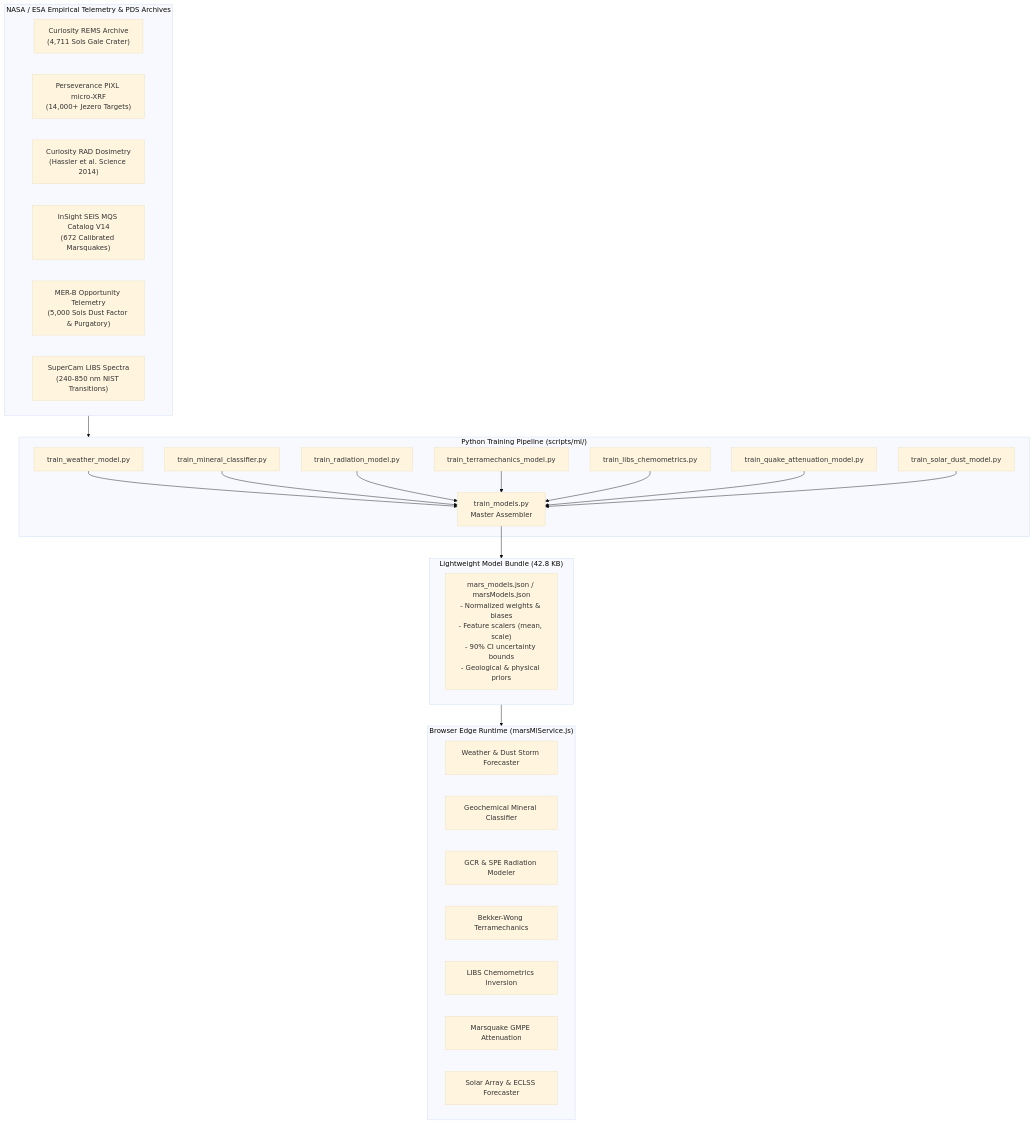
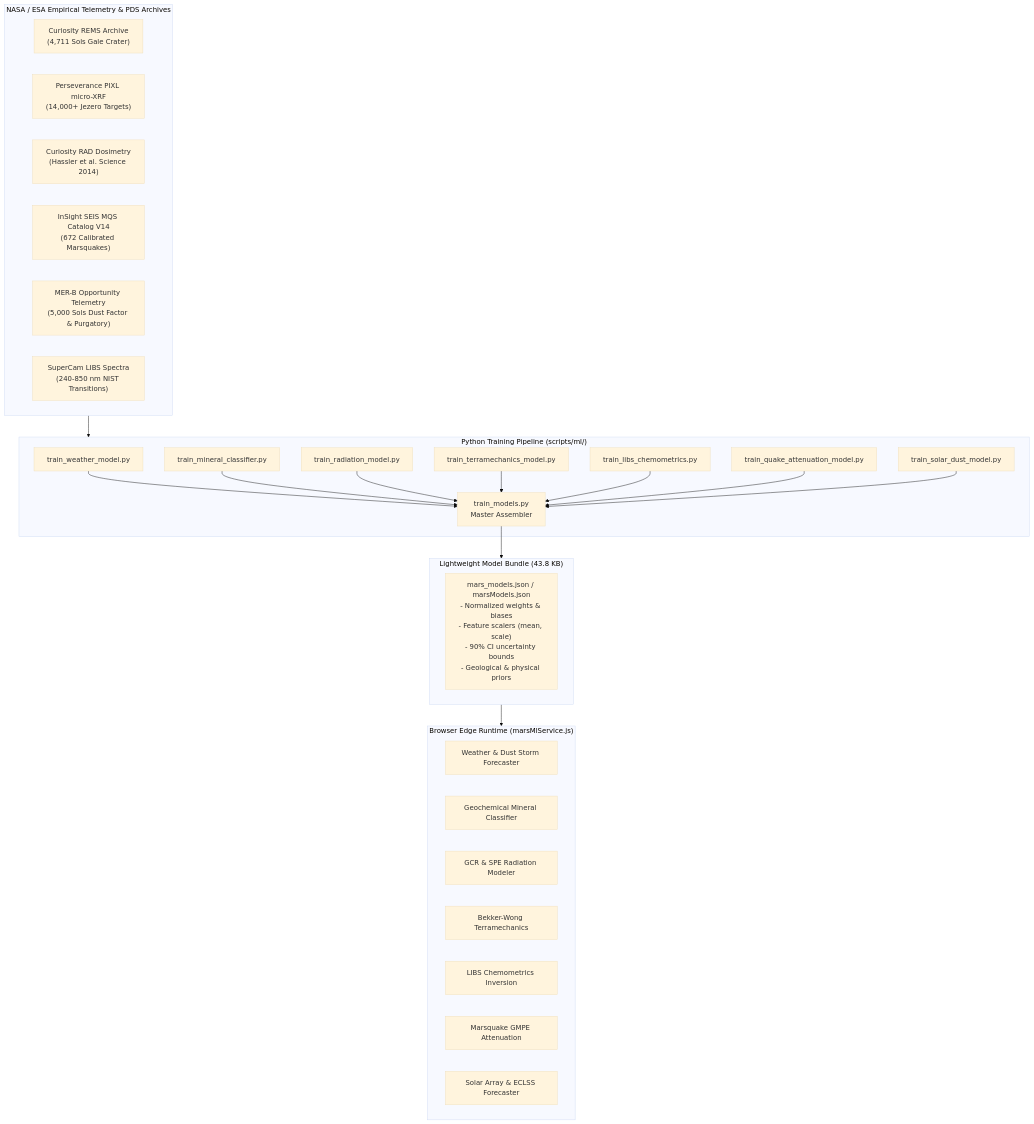
The first of 3 diagrams in docs/ML_MODELS_SPECIFICATION.md (Dipbroto/Martis-Ovikorsho), drawn with Mermaid (base theme) before and after one commit. The commit also changed other lines of this file and 8 other files, not shown here.

````diff
--- a/docs/ML_MODELS_SPECIFICATION.md
+++ b/docs/ML_MODELS_SPECIFICATION.md
@@ -17,41 +17,41 @@
 ```mermaid
 flowchart TD
     subgraph DataSources["NASA / ESA Empirical Telemetry & PDS Archives"]
         D1["Curiosity REMS Archive<br/>(4,711 Sols Gale Crater)"]
         D2["Perseverance PIXL micro-XRF<br/>(14,000+ Jezero Targets)"]
         D3["Curiosity RAD Dosimetry<br/>(Hassler et al. Science 2014)"]
         D4["InSight SEIS MQS Catalog V14<br/>(672 Calibrated Marsquakes)"]
         D5["MER-B Opportunity Telemetry<br/>(5,000 Sols Dust Factor & Purgatory)"]
         D6["SuperCam LIBS Spectra<br/>(240-850 nm NIST Transitions)"]
     end
 
     subgraph TrainingPipeline["Python Training Pipeline (scripts/ml/)"]
         P1["train_weather_model.py"]
         P2["train_mineral_classifier.py"]
         P3["train_radiation_model.py"]
         P4["train_terramechanics_model.py"]
         P5["train_libs_chemometrics.py"]
         P6["train_quake_attenuation_model.py"]
         P7["train_solar_dust_model.py"]
         TALL["train_models.py<br/>Master Assembler"]
     end
 
-    subgraph CompactArtifact["Lightweight Model Bundle (42.8 KB)"]
+    subgraph CompactArtifact["Lightweight Model Bundle (43.8 KB)"]
         JSON["mars_models.json / marsModels.json<br/>- Normalized weights & biases<br/>- Feature scalers (mean, scale)<br/>- 90% CI uncertainty bounds<br/>- Geological & physical priors"]
     end
 
     subgraph ClientRuntime["Browser Edge Runtime (marsMlService.js)"]
         R1["Weather & Dust Storm Forecaster"]
         R2["Geochemical Mineral Classifier"]
         R3["GCR & SPE Radiation Modeler"]
         R4["Bekker-Wong Terramechanics"]
         R5["LIBS Chemometrics Inversion"]
         R6["Marsquake GMPE Attenuation"]
         R7["Solar Array & ECLSS Forecaster"]
     end
 
     DataSources --> TrainingPipeline
     P1 & P2 & P3 & P4 & P5 & P6 & P7 --> TALL
     TALL --> CompactArtifact
     CompactArtifact --> ClientRuntime
 ```
````
